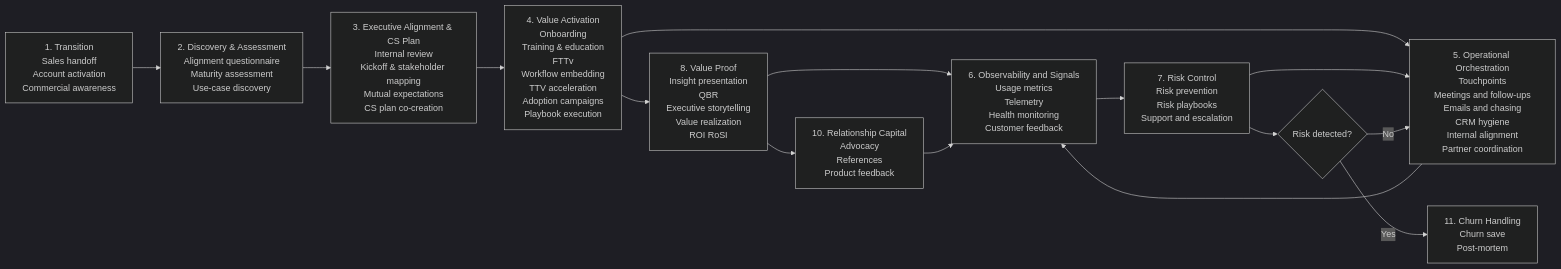
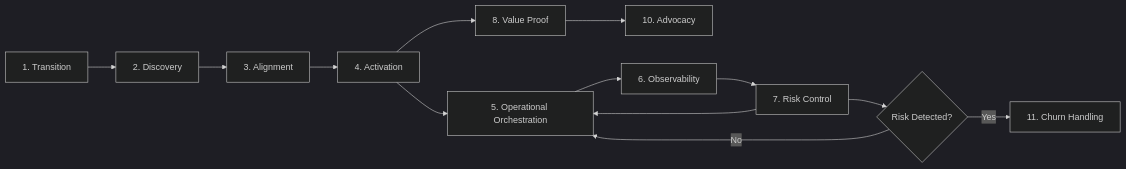
One commit to ValueInMotion/value-in-motion-agent changed the first of 7 diagrams in README.md. Above: the diagram before and after it, drawn with Mermaid (dark theme).

````diff
--- a/README.md
+++ b/README.md
@@ -28,32 +28,18 @@
 ```mermaid
 flowchart LR
+    %% MAIN LINEAR PHASES
+    P1["1. Transition"] --> P2["2. Discovery"] --> P3["3. Alignment"] --> P4["4. Activation"] --> P8["8. Value Proof"] --> P10["10. Advocacy"]
 
-%% MAIN LINEAR PHASES
-P1["1. Transition<br/>Sales handoff<br/>Account activation<br/>Commercial awareness"]
-P2["2. Discovery & Assessment<br/>Alignment questionnaire<br/>Maturity assessment<br/>Use-case discovery"]
-P3["3. Executive Alignment & CS Plan<br/>Internal review<br/>Kickoff & stakeholder mapping<br/>Mutual expectations<br/>CS plan co-creation"]
-P4["4. Value Activation<br/>Onboarding<br/>Training & education<br/>FTTv<br/>Workflow embedding<br/>TTV acceleration<br/>Adoption campaigns<br/>Playbook execution"]
-P8["8. Value Proof<br/>Insight presentation<br/>QBR<br/>Executive storytelling<br/>Value realization<br/>ROI RoSI"]
-P10["10. Relationship Capital<br/>Advocacy<br/>References<br/>Product feedback"]
+    %% OPERATIONAL LOOP
+    P5["5. Operational Orchestration"]
+    P6["6. Observability"]
+    P7["7. Risk Control"]
 
-P1 --> P2 --> P3 --> P4 --> P8 --> P10
-
-%% OPERATIONAL LOOP
-P5["5. Operational Orchestration<br/>Touchpoints<br/>Meetings and follow-ups<br/>Emails and chasing<br/>CRM hygiene<br/>Internal alignment<br/>Partner coordination"]
-P6["6. Observability and Signals<br/>Usage metrics<br/>Telemetry<br/>Health monitoring<br/>Customer feedback"]
-P7["7. Risk Control<br/>Risk prevention<br/>Risk playbooks<br/>Support and escalation"]
-
-P4 --> P5 --> P6 --> P7 --> P5
-
-%% RISK PATH
-RD{"Risk detected?"}
-P7 --> RD
-P11["11. Churn Handling<br/>Churn save<br/>Post-mortem"]
-
-RD -->|Yes| P11
-RD -->|No| P5
-
-%% FEEDBACK
-P8 --> P6
-P10 --> P6
-```
+    P4 --> P5 --> P6 --> P7 --> P5
+    
+    %% RISK PATH
+    RD{"Risk Detected?"}
+    P7 --> RD
+    RD -->|Yes| P11["11. Churn Handling"]
+    RD -->|No| P5
+ ```   
````
